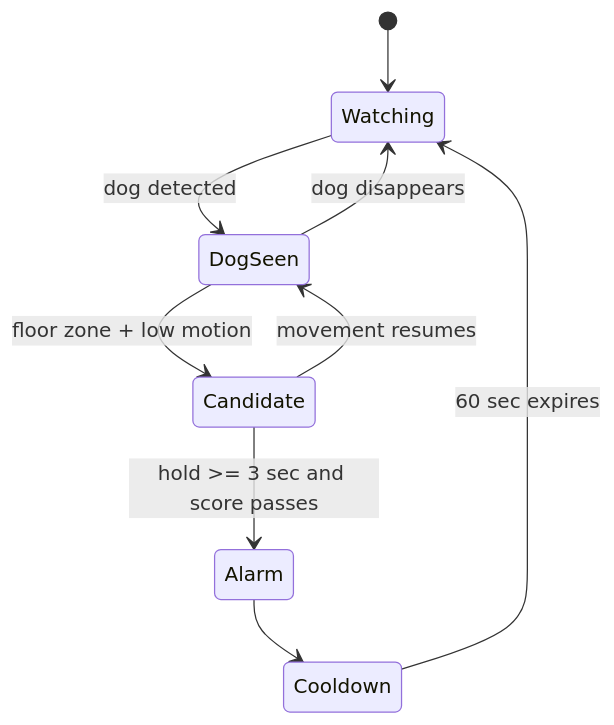
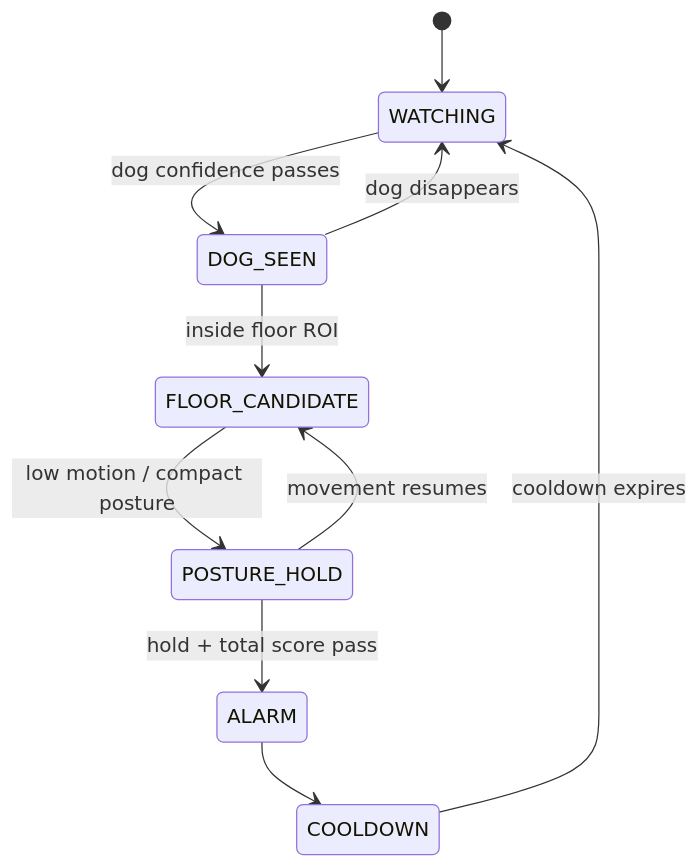
Before and after one commit to sonoxo/gpt-doug-llm: the second of 6 diagrams in watch-dog/README.md, drawn with Mermaid. The commit also changed other lines of this file, not shown here.

Commit message:
docs: redesign Watch Dog README with ZYRA infographic and Palantir container

````diff
--- a/watch-dog/README.md
+++ b/watch-dog/README.md
@@ -41,11 +104,12 @@
 ```mermaid
 stateDiagram-v2
-    [*] --> Watching
-    Watching --> DogSeen: dog detected
-    DogSeen --> Watching: dog disappears
-    DogSeen --> Candidate: floor zone + low motion
-    Candidate --> DogSeen: movement resumes
-    Candidate --> Alarm: hold >= 3 sec and score passes
-    Alarm --> Cooldown
-    Cooldown --> Watching: 60 sec expires
+    [*] --> WATCHING
+    WATCHING --> DOG_SEEN: dog confidence passes
+    DOG_SEEN --> WATCHING: dog disappears
+    DOG_SEEN --> FLOOR_CANDIDATE: inside floor ROI
+    FLOOR_CANDIDATE --> POSTURE_HOLD: low motion / compact posture
+    POSTURE_HOLD --> FLOOR_CANDIDATE: movement resumes
+    POSTURE_HOLD --> ALARM: hold + total score pass
+    ALARM --> COOLDOWN
+    COOLDOWN --> WATCHING: cooldown expires
 ```
````
